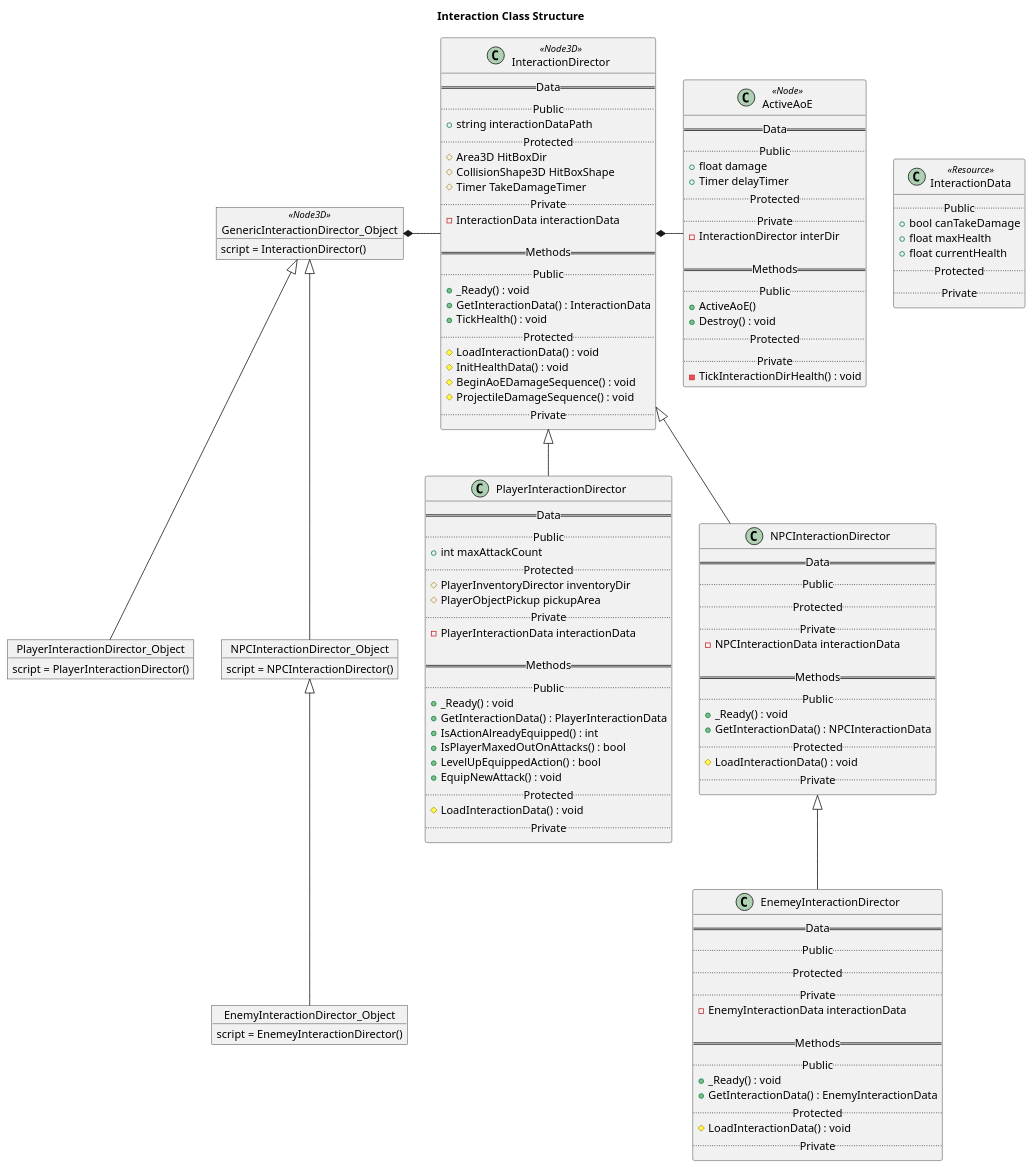
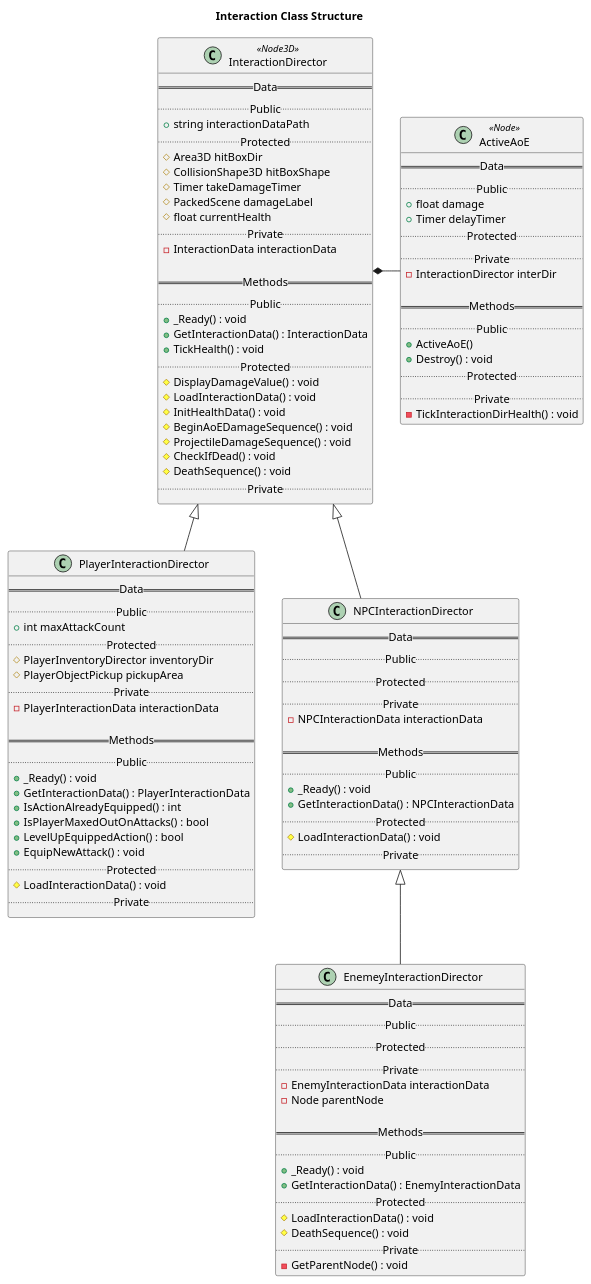
The diagram in UML-Diagrams/src/Interaction_Class_Struct.puml (kjtkanaly/Roguelike-Shoot-Em-Up), drawn with PlantUML before and after one commit. The commit also changed 2 other files, not shown here.

Commit message:
Updated the diagrams for interaction classes, objects, and resources.

```diff
--- a/UML-Diagrams/src/Interaction_Class_Struct.puml
+++ b/UML-Diagrams/src/Interaction_Class_Struct.puml
@@ -1,140 +1,115 @@
 @startuml Interaction Class Structure
 
 title Interaction Class Structure
 
-' Interaction Objects
-object GenericInteractionDirector_Object <<Node3D>> {
-    script = InteractionDirector()
-}
-
-object PlayerInteractionDirector_Object {
-    script = PlayerInteractionDirector()
-}
-
-object NPCInteractionDirector_Object {
-    script = NPCInteractionDirector()
-}
-
-object EnemyInteractionDirector_Object {
-    script = EnemeyInteractionDirector()
-}
-
-GenericInteractionDirector_Object <|-- PlayerInteractionDirector_Object
-GenericInteractionDirector_Object <|-- NPCInteractionDirector_Object
-NPCInteractionDirector_Object <|-- EnemyInteractionDirector_Object
-
-' Method Classes
 class InteractionDirector <<Node3D>>{
     == Data ==
     .. Public ..
     + string interactionDataPath
     .. Protected ..
-    # Area3D HitBoxDir
-    # CollisionShape3D HitBoxShape
-    # Timer TakeDamageTimer
+    # Area3D hitBoxDir
+    # CollisionShape3D hitBoxShape
+    # Timer takeDamageTimer
+    # PackedScene damageLabel
+    # float currentHealth
     .. Private ..
     - InteractionData interactionData
 
     == Methods ==
     .. Public ..
     + _Ready() : void
     + GetInteractionData() : InteractionData
     + TickHealth() : void
     .. Protected ..
+    # DisplayDamageValue() : void
     # LoadInteractionData() : void
     # InitHealthData() : void
     # BeginAoEDamageSequence() : void
     # ProjectileDamageSequence() : void
+    # CheckIfDead() : void
+    # DeathSequence() : void
     .. Private ..
 }
 
 class ActiveAoE <<Node>>{
      == Data ==
     .. Public ..
     + float damage
     + Timer delayTimer
     .. Protected ..
     .. Private ..
     - InteractionDirector interDir
 
     == Methods ==
     .. Public ..
     + ActiveAoE()
     + Destroy() : void
     .. Protected ..
     .. Private ..
     - TickInteractionDirHealth() : void
 }
 
 class PlayerInteractionDirector {
     == Data ==
     .. Public ..
     + int maxAttackCount
     .. Protected ..
     # PlayerInventoryDirector inventoryDir
     # PlayerObjectPickup pickupArea
     .. Private ..
     - PlayerInteractionData interactionData
 
     == Methods ==
     .. Public ..
     + _Ready() : void
     + GetInteractionData() : PlayerInteractionData
     + IsActionAlreadyEquipped() : int
     + IsPlayerMaxedOutOnAttacks() : bool
     + LevelUpEquippedAction() : bool
     + EquipNewAttack() : void
     .. Protected ..
     # LoadInteractionData() : void
     .. Private ..
 }
 
 class NPCInteractionDirector {
     == Data ==
     .. Public ..
     .. Protected ..
     .. Private ..
     - NPCInteractionData interactionData
 
     == Methods ==
     .. Public ..
     + _Ready() : void
     + GetInteractionData() : NPCInteractionData
     .. Protected ..
     # LoadInteractionData() : void
     .. Private ..
 }
 
 class EnemeyInteractionDirector {
     == Data ==
     .. Public ..
     .. Protected ..
     .. Private ..
     - EnemyInteractionData interactionData
+    - Node parentNode
 
     == Methods ==
     .. Public ..
     + _Ready() : void
     + GetInteractionData() : EnemyInteractionData
     .. Protected ..
     # LoadInteractionData() : void
+    # DeathSequence() : void
     .. Private ..
+    - GetParentNode() : void
 }
 
-GenericInteractionDirector_Object *- InteractionDirector
 InteractionDirector *- ActiveAoE
 InteractionDirector <|-- PlayerInteractionDirector
 InteractionDirector <|-- NPCInteractionDirector
 NPCInteractionDirector <|-- EnemeyInteractionDirector
 
-' Resource Classes
-class InteractionData <<Resource>> {
-    .. Public ..
-    + bool canTakeDamage
-    + float maxHealth
-    + float currentHealth
-    .. Protected ..
-    .. Private ..
-}
-
 @enduml
```
